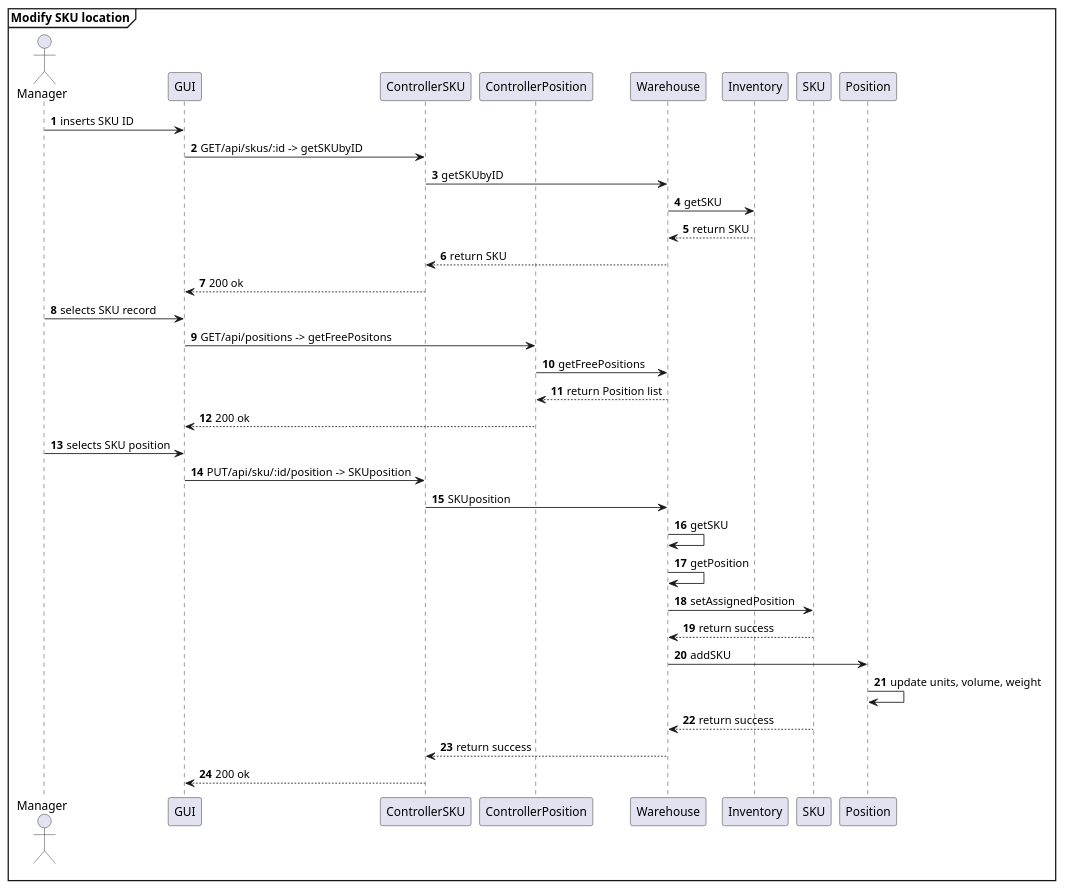
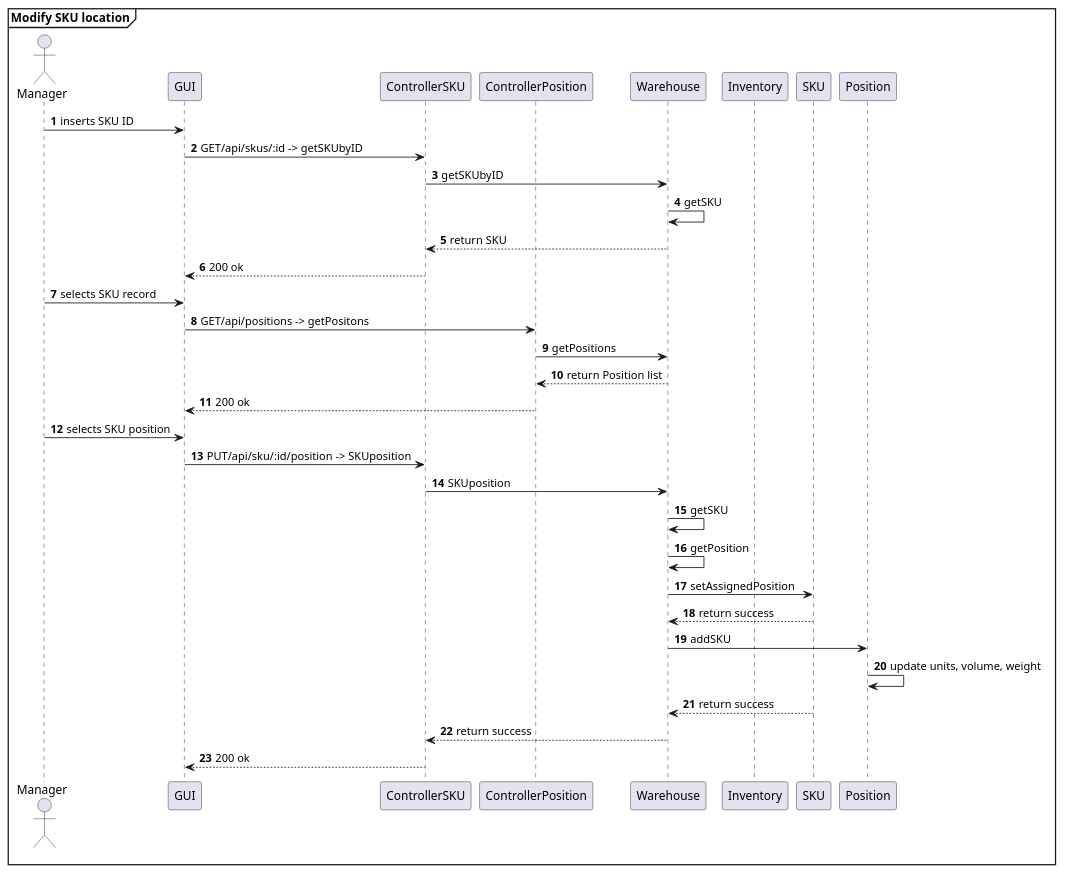
The fourth of 32 diagrams in DesignDocument.md (AlexZampa/EzWh), drawn with PlantUML before and after one commit. The commit also changed other lines of this file, not shown here.

````diff
--- a/DesignDocument.md
+++ b/DesignDocument.md
@@ -524,40 +524,39 @@
 ```plantuml
 mainframe **Modify SKU location**
 actor Manager
 participant GUI
 participant ControllerSKU
 participant ControllerPosition
 participant Warehouse
 participant Inventory
 participant SKU
 
 autonumber
 Manager -> GUI : inserts SKU ID
 GUI -> ControllerSKU :  GET/api/skus/:id -> getSKUbyID
 ControllerSKU -> Warehouse : getSKUbyID
-Warehouse -> Inventory : getSKU
-Warehouse <-- Inventory : return SKU
+Warehouse -> Warehouse : getSKU
 ControllerSKU <-- Warehouse : return SKU
 GUI <-- ControllerSKU : 200 ok
 
 Manager -> GUI : selects SKU record
-GUI -> ControllerPosition : GET/api/positions -> getFreePositons
-ControllerPosition -> Warehouse : getFreePositions
+GUI -> ControllerPosition : GET/api/positions -> getPositons
+ControllerPosition -> Warehouse : getPositions
 ControllerPosition <-- Warehouse : return Position list
 GUI <-- ControllerPosition : 200 ok
 
 Manager -> GUI : selects SKU position
 GUI -> ControllerSKU : PUT/api/sku/:id/position -> SKUposition
 ControllerSKU -> Warehouse : SKUposition
 Warehouse -> Warehouse : getSKU
 Warehouse -> Warehouse : getPosition
 Warehouse -> SKU : setAssignedPosition
 Warehouse <-- SKU : return success
 Warehouse -> Position : addSKU
 Position -> Position : update units, volume, weight
 Warehouse <-- SKU : return success
 ControllerSKU <-- Warehouse : return success
 GUI <-- ControllerSKU : 200 ok
 
 @enduml
 ```
````
